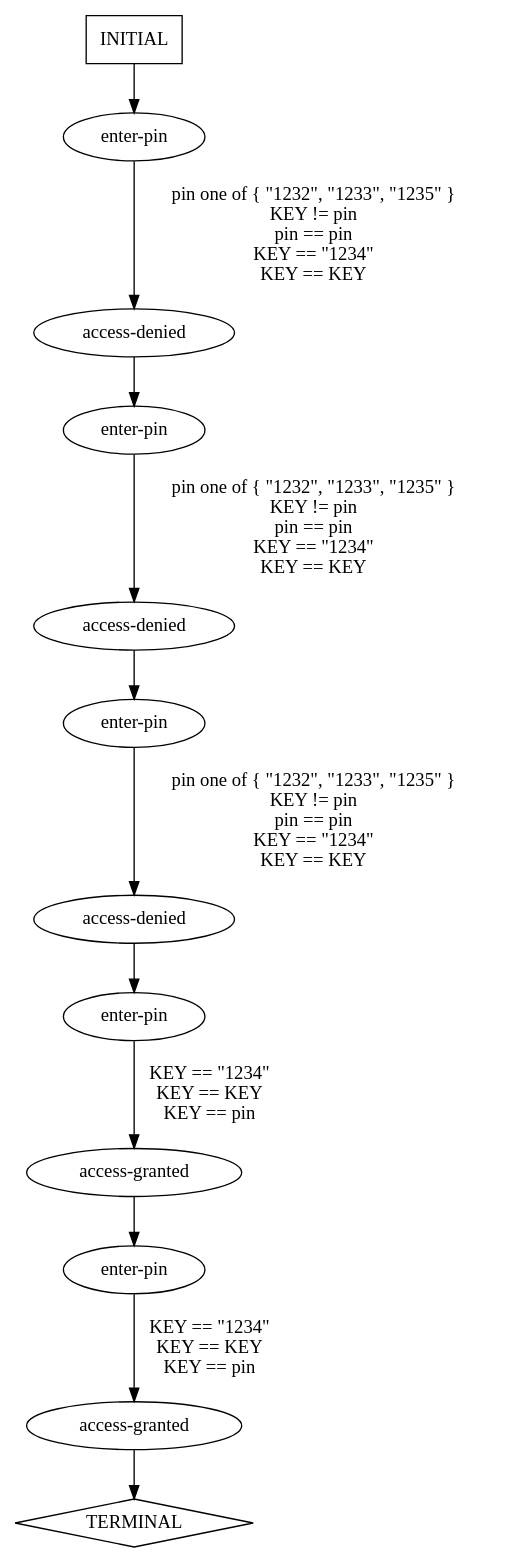
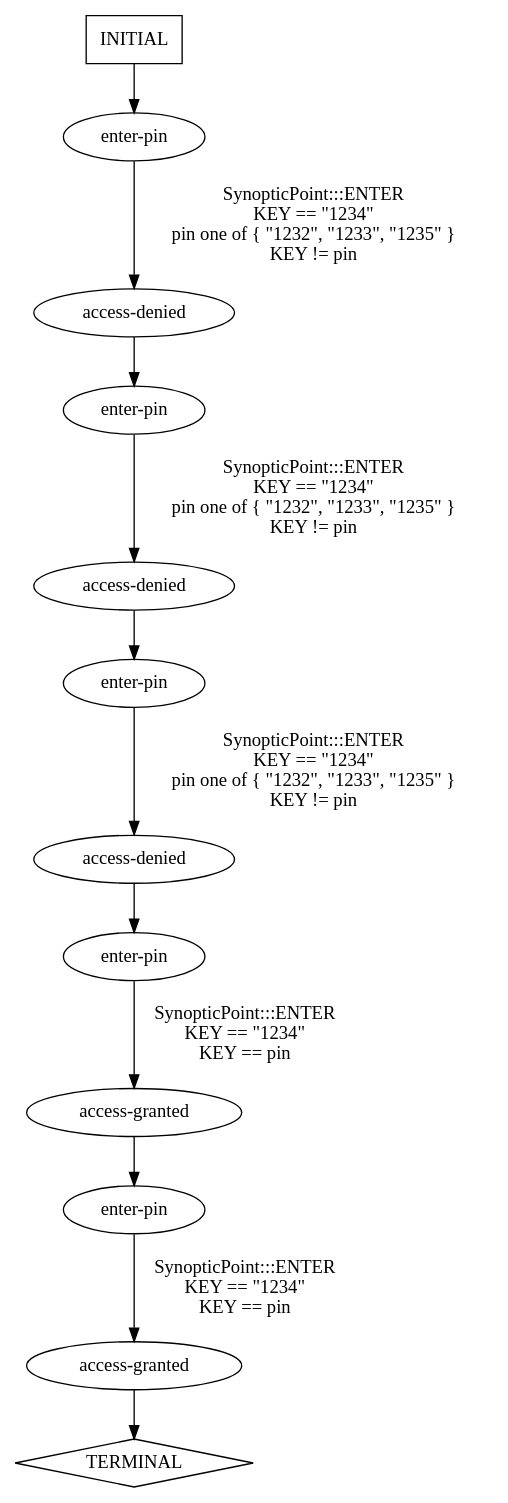
The diagram in traces/abstract/verify-pin/predicted-paths/verify-pin-test6.dot (ModelInference/synoptic), drawn with Graphviz before and after one commit. The commit also changed 73 other files, not shown here.

```diff
--- a/traces/abstract/verify-pin/predicted-paths/verify-pin-test6.dot
+++ b/traces/abstract/verify-pin/predicted-paths/verify-pin-test6.dot
@@ -1,25 +1,25 @@
 digraph {
   0 [label="access-denied"];
   1 [label="access-denied"];
   2 [label="access-denied"];
   3 [label="access-granted"];
   4 [label="access-granted"];
   5 [label="enter-pin"];
   6 [label="enter-pin"];
   7 [label="enter-pin"];
   8 [label="enter-pin"];
   9 [label="enter-pin"];
   10 [label="TERMINAL",shape=diamond];
   11 [label="INITIAL",shape=box];
 0->6 [label="",];
 1->7 [label="",];
 2->8 [label="",];
 3->9 [label="",];
 4->10 [label="",];
-5->0 [label="pin one of { \"1232\", \"1233\", \"1235\" }\nKEY != pin\npin == pin\nKEY == \"1234\"\nKEY == KEY",];
-6->1 [label="pin one of { \"1232\", \"1233\", \"1235\" }\nKEY != pin\npin == pin\nKEY == \"1234\"\nKEY == KEY",];
-7->2 [label="pin one of { \"1232\", \"1233\", \"1235\" }\nKEY != pin\npin == pin\nKEY == \"1234\"\nKEY == KEY",];
-8->3 [label="KEY == \"1234\"\nKEY == KEY\nKEY == pin",];
-9->4 [label="KEY == \"1234\"\nKEY == KEY\nKEY == pin",];
+5->0 [label="SynopticPoint:::ENTER\nKEY == \"1234\"\npin one of { \"1232\", \"1233\", \"1235\" }\nKEY != pin\n",];
+6->1 [label="SynopticPoint:::ENTER\nKEY == \"1234\"\npin one of { \"1232\", \"1233\", \"1235\" }\nKEY != pin\n",];
+7->2 [label="SynopticPoint:::ENTER\nKEY == \"1234\"\npin one of { \"1232\", \"1233\", \"1235\" }\nKEY != pin\n",];
+8->3 [label="SynopticPoint:::ENTER\nKEY == \"1234\"\nKEY == pin\n",];
+9->4 [label="SynopticPoint:::ENTER\nKEY == \"1234\"\nKEY == pin\n",];
 11->5 [label="",];
 } // digraph {
```
